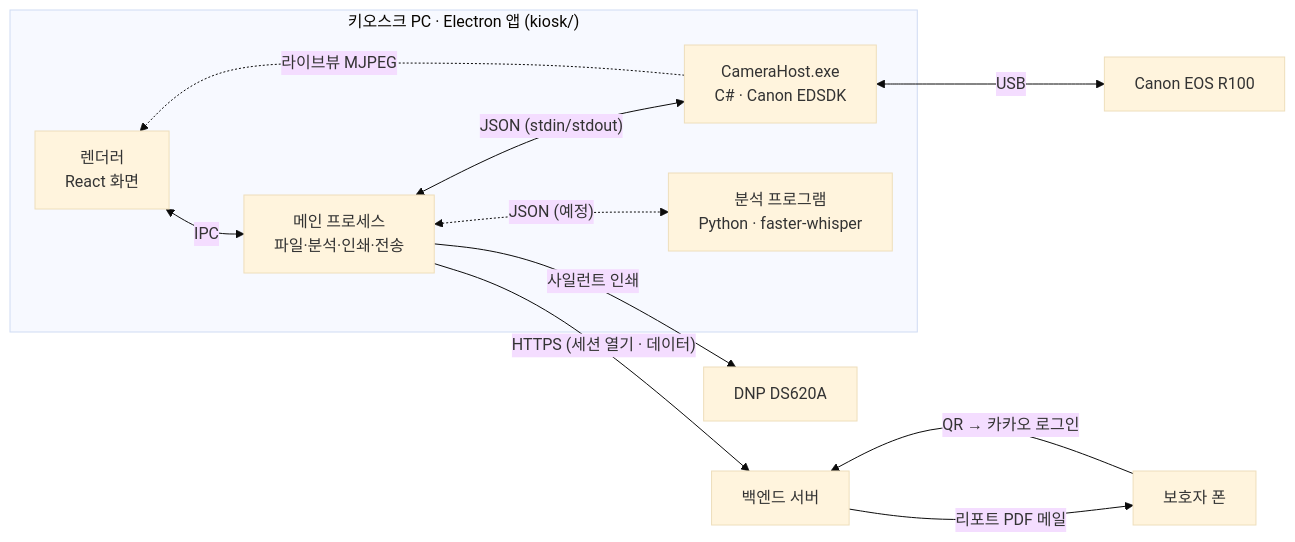
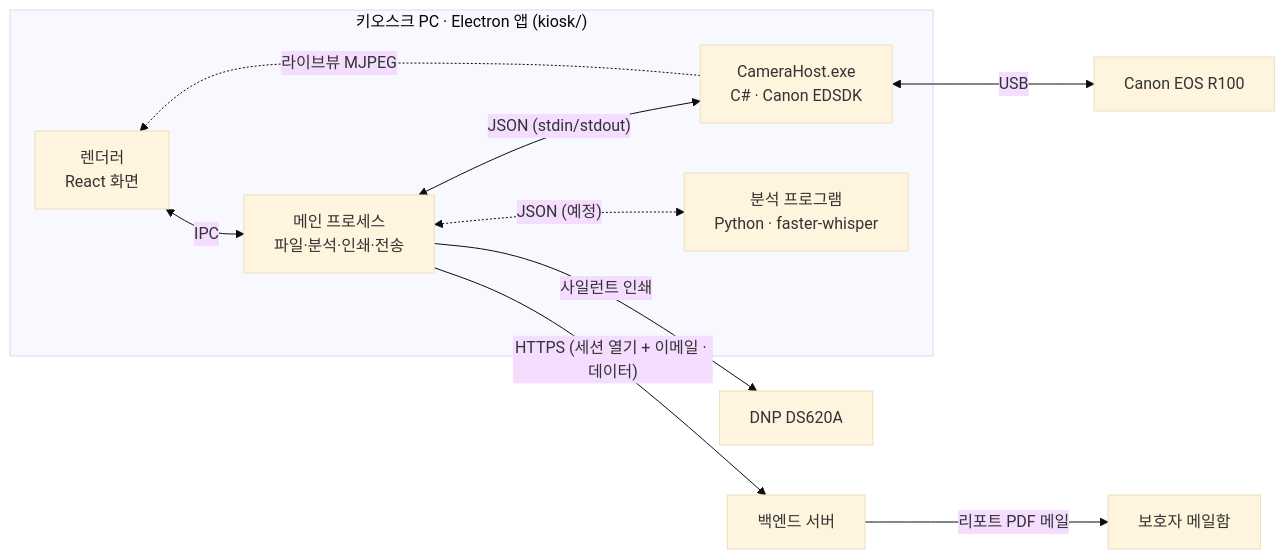
The diagram in README.md (euncherry/my-dream-voice), drawn with Mermaid (base theme) before and after one commit. The commit also changed other lines of this file and 20 other files, not shown here.

First line of the commit message:
카카오 로그인 없앰 — P-02a는 이메일 직접 입력만 (2026-11-24 사용자 결정)

````diff
--- a/README.md
+++ b/README.md
@@ -50,14 +44,13 @@
 ```mermaid
 flowchart LR
   subgraph PC["키오스크 PC · Electron 앱 (kiosk/)"]
     R["렌더러<br/>React 화면"] <-->|IPC| M["메인 프로세스<br/>파일·분석·인쇄·전송"]
     M <-->|"JSON (stdin/stdout)"| C["CameraHost.exe<br/>C# · Canon EDSDK"]
     C -.->|"라이브뷰 MJPEG"| R
     M <-.->|"JSON (예정)"| A["분석 프로그램<br/>Python · faster-whisper"]
   end
   C <-->|USB| CAM["Canon EOS R100"]
   M -->|사일런트 인쇄| P["DNP DS620A"]
-  M -->|"HTTPS (세션 열기 · 데이터)"| BE["백엔드 서버"]
-  PH["보호자 폰"] -->|"QR → 카카오 로그인"| BE
-  BE -->|"리포트 PDF 메일"| PH
+  M -->|"HTTPS (세션 열기 + 이메일 · 데이터)"| BE["백엔드 서버"]
+  BE -->|"리포트 PDF 메일"| PH["보호자 메일함"]
 ```
````
